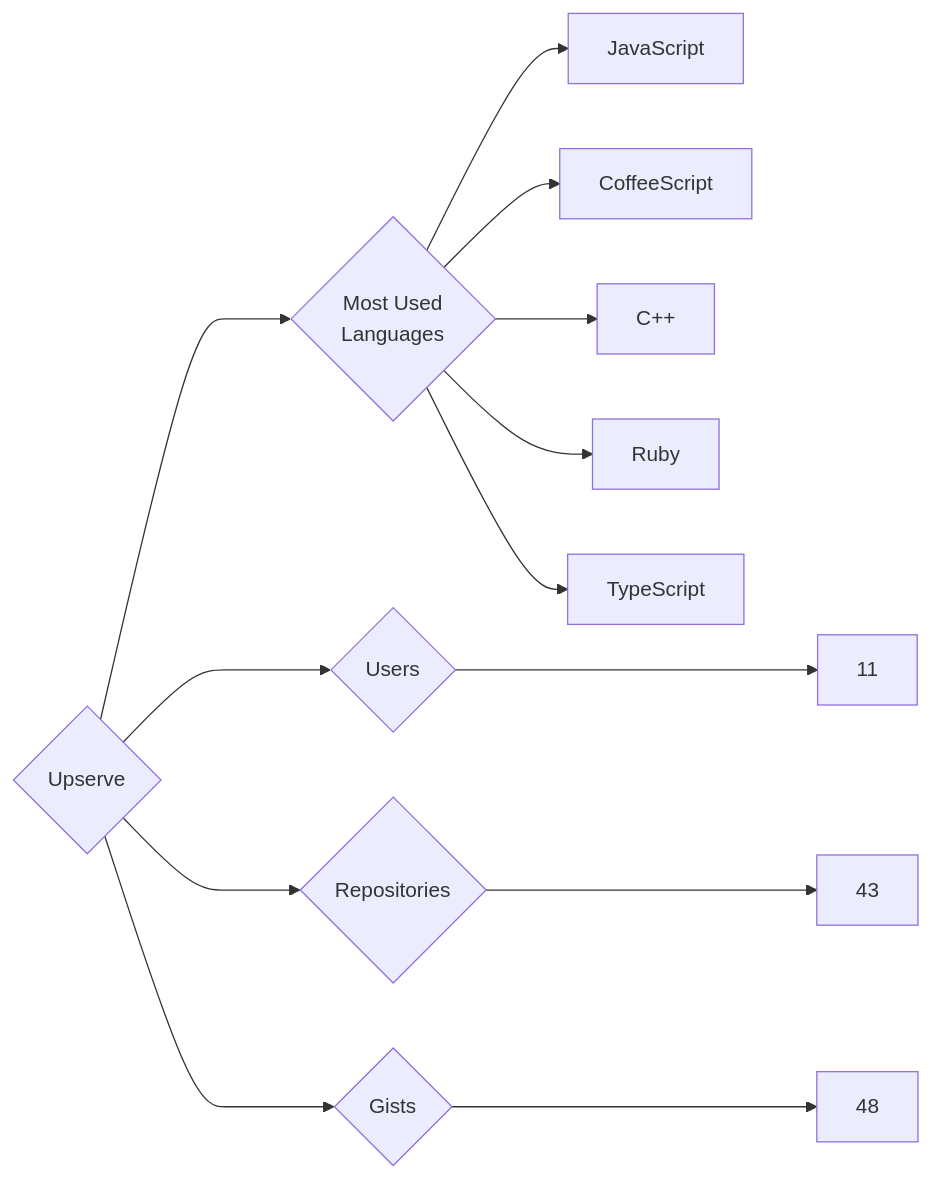
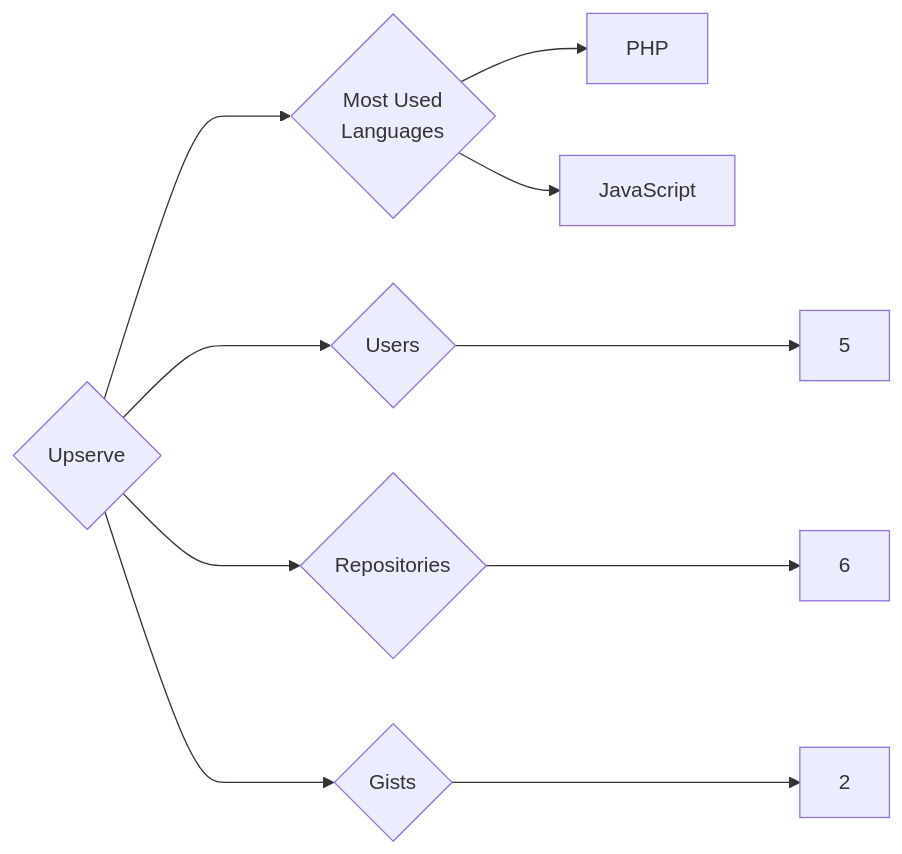
The diagram in targets/Upserve/README.md (trickest/insiders), drawn with Mermaid before and after one commit. The commit also changed 1484 other files, not shown here.

````diff
--- a/targets/Upserve/README.md
+++ b/targets/Upserve/README.md
@@ -3,13 +3,10 @@
 ```mermaid
 graph LR
 COMPANY_NAME{Upserve}
-COMPANY_NAME ---> U{Users} ---> UN[11]
-COMPANY_NAME ---> R{Repositories} ---> RN[43]
-COMPANY_NAME ---> G{Gists} ---> GN[48]
+COMPANY_NAME ---> U{Users} ---> UN[5]
+COMPANY_NAME ---> R{Repositories} ---> RN[6]
+COMPANY_NAME ---> G{Gists} ---> GN[2]
 COMPANY_NAME ---> ML{Most Used<br>Languages}
+ML --> PHP[PHP]
 ML --> JavaScript[JavaScript]
-ML --> CoffeeScript[CoffeeScript]
-ML --> C++[C++]
-ML --> Ruby[Ruby]
-ML --> TypeScript[TypeScript]
 ```
````
